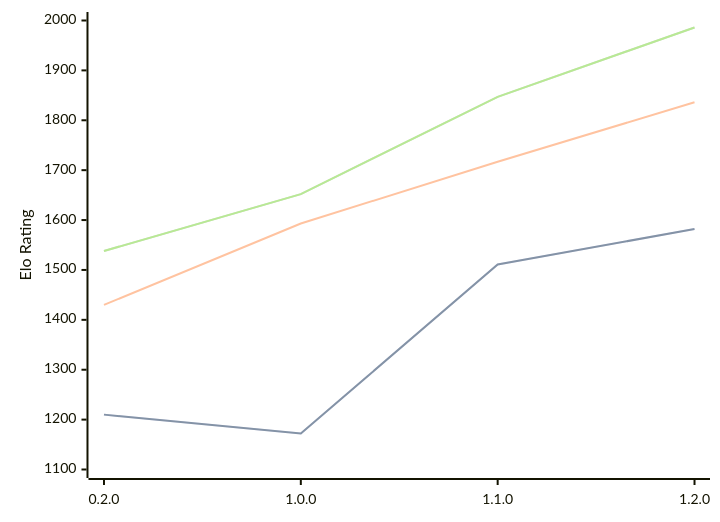
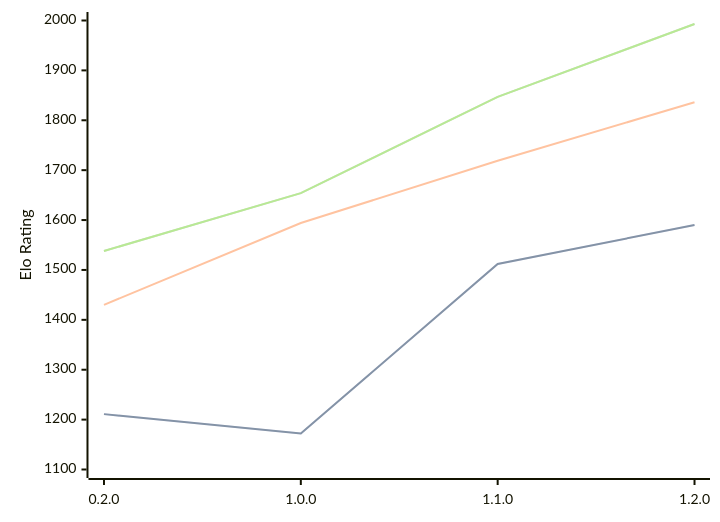
One commit to computer-chess-index/cci changed the diagram in engines/Zeppelin.md. Above: the diagram before and after it, drawn with Mermaid. The commit also changed other lines of this file, not shown here.

Commit message:
Update CCI Ratings (ELO VLTC) - 2026-02-16

````diff
--- a/engines/Zeppelin.md
+++ b/engines/Zeppelin.md
@@ -33,11 +33,11 @@
 ```mermaid
 %%{init: {"theme":"base","themeVariables":{"seriesColors:['#a3a3a3','#222221','#faa371']}}}%%
 xychart-beta
   x-axis ["0.2.0", "1.0.0", "1.1.0", "1.2.0"]
   y-axis "Elo Rating" 1100 --> 2000
-  line "STC (8.0+0.08s)" [1210, 1172, 1511, 1582]
-  line "STC (8.0+0.08s)" [1210, 1172, 1511, 1582]
-  line "LTC (60.0+0.60s)" [1430, 1593, 1717, 1836]
-  line "VLTC (2m24s+1.12s)" [1538, 1652, 1847, 1986]
-  line "VLTC (2m24s+1.12s)" [1538, 1652, 1847, 1986]
+  line "STC (8.0+0.08s)" [1211, 1172, 1512, 1590]
+  line "STC (8.0+0.08s)" [1211, 1172, 1512, 1590]
+  line "LTC (60.0+0.60s)" [1430, 1594, 1719, 1836]
+  line "VLTC (2m24s+1.12s)" [1538, 1654, 1847, 1993]
+  line "VLTC (2m24s+1.12s)" [1538, 1654, 1847, 1993]
 ```
````
